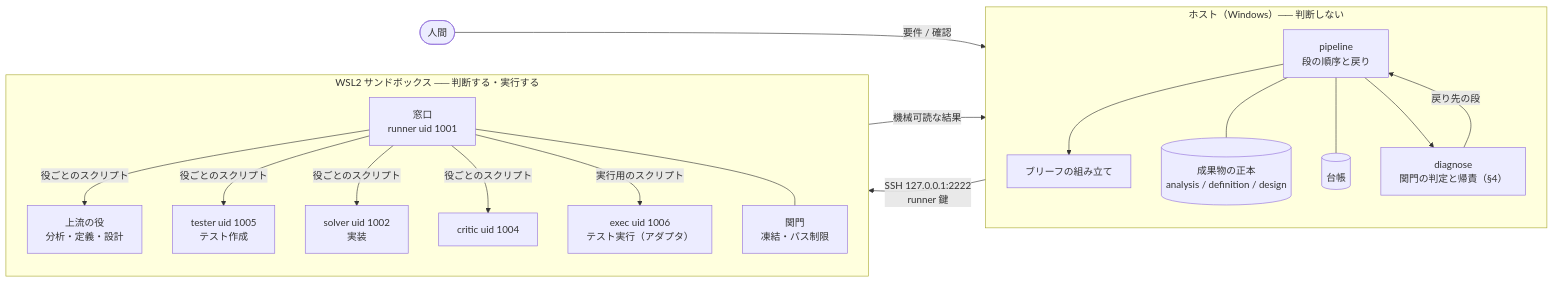
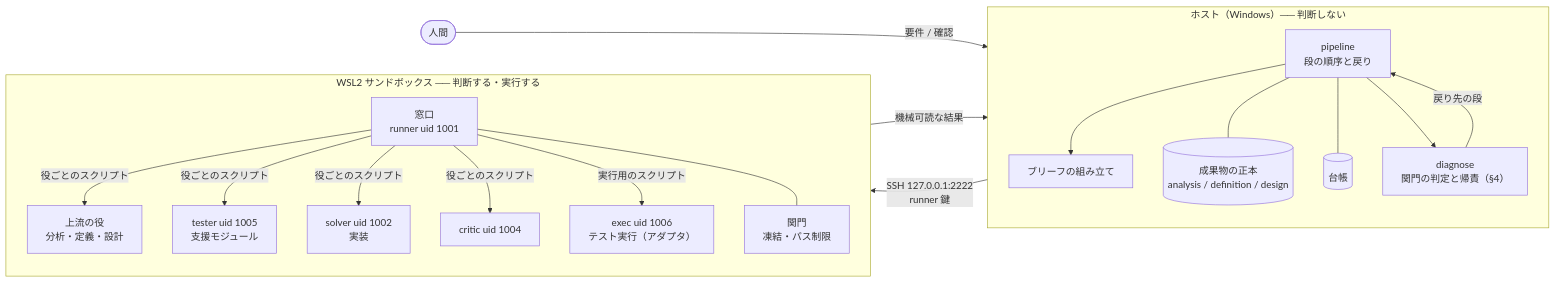
Before and after one commit to Nakano-official/Loop-Engine: the first of 2 diagrams in docs/REDESIGN.md, drawn with Mermaid. The commit also changed other lines of this file and 4 other files, not shown here.

````diff
--- a/docs/REDESIGN.md
+++ b/docs/REDESIGN.md
@@ -318,36 +330,36 @@
 ```mermaid
 flowchart LR
   human(["人間"])
   subgraph host["ホスト（Windows）── 判断しない"]
     direction TB
     pipeline["pipeline<br/>段の順序と戻り"]
     diagnose["diagnose<br/>関門の判定と帰責（§4）"]
     brief["ブリーフの組み立て"]
     store[("成果物の正本<br/>analysis / definition / design")]
     ledger[("台帳")]
   end
   subgraph box["WSL2 サンドボックス ── 判断する・実行する"]
     direction TB
     exec["窓口<br/>runner uid 1001"]
     upstream["上流の役<br/>分析・定義・設計"]
-    tester["tester uid 1005<br/>テスト作成"]
+    tester["tester uid 1005<br/>支援モジュール"]
     solver["solver uid 1002<br/>実装"]
     critic["critic uid 1004"]
     gates["関門<br/>凍結・パス制限"]
     run["exec uid 1006<br/>テスト実行（アダプタ）"]
   end
   human -->|"要件 / 確認"| pipeline
   pipeline --> brief
   brief -->|"SSH 127.0.0.1:2222<br/>runner 鍵"| exec
   exec -->|"役ごとのスクリプト"| upstream
   exec -->|"役ごとのスクリプト"| tester
   exec -->|"役ごとのスクリプト"| solver
   exec -->|"役ごとのスクリプト"| critic
   exec -->|"実行用のスクリプト"| run
   exec --- gates
   exec -->|"機械可読な結果"| pipeline
   pipeline --- store
   pipeline --- ledger
   pipeline --> diagnose
   diagnose -->|"戻り先の段"| pipeline
 ```
````
